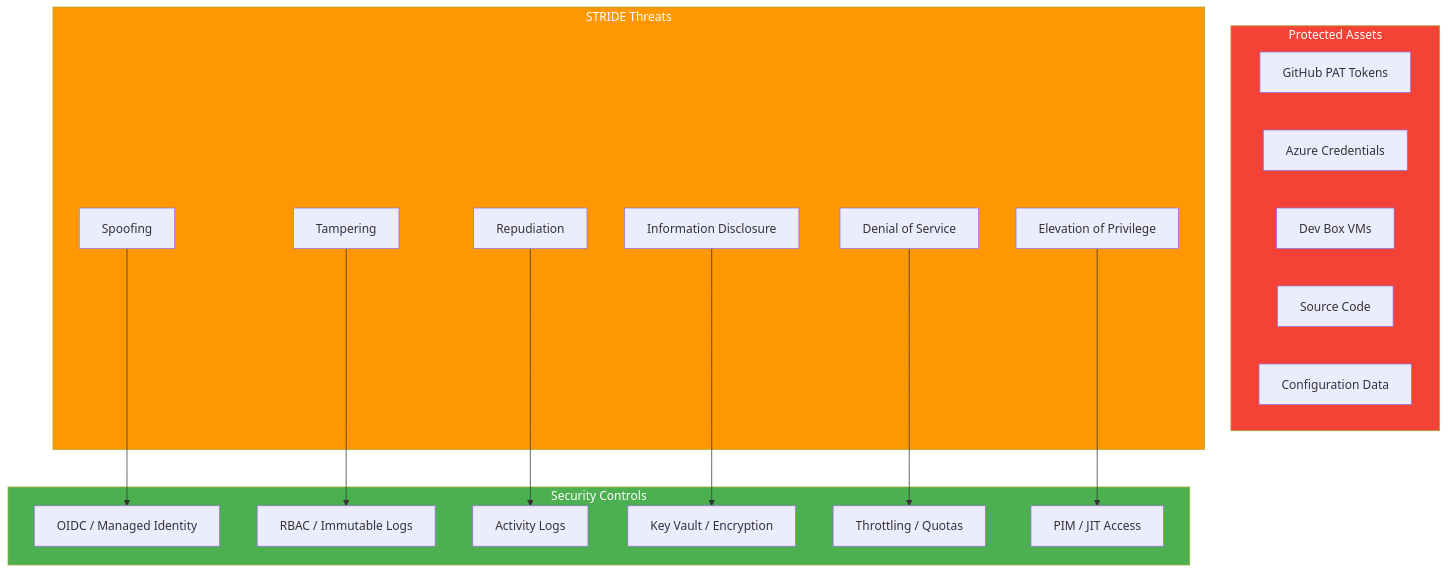
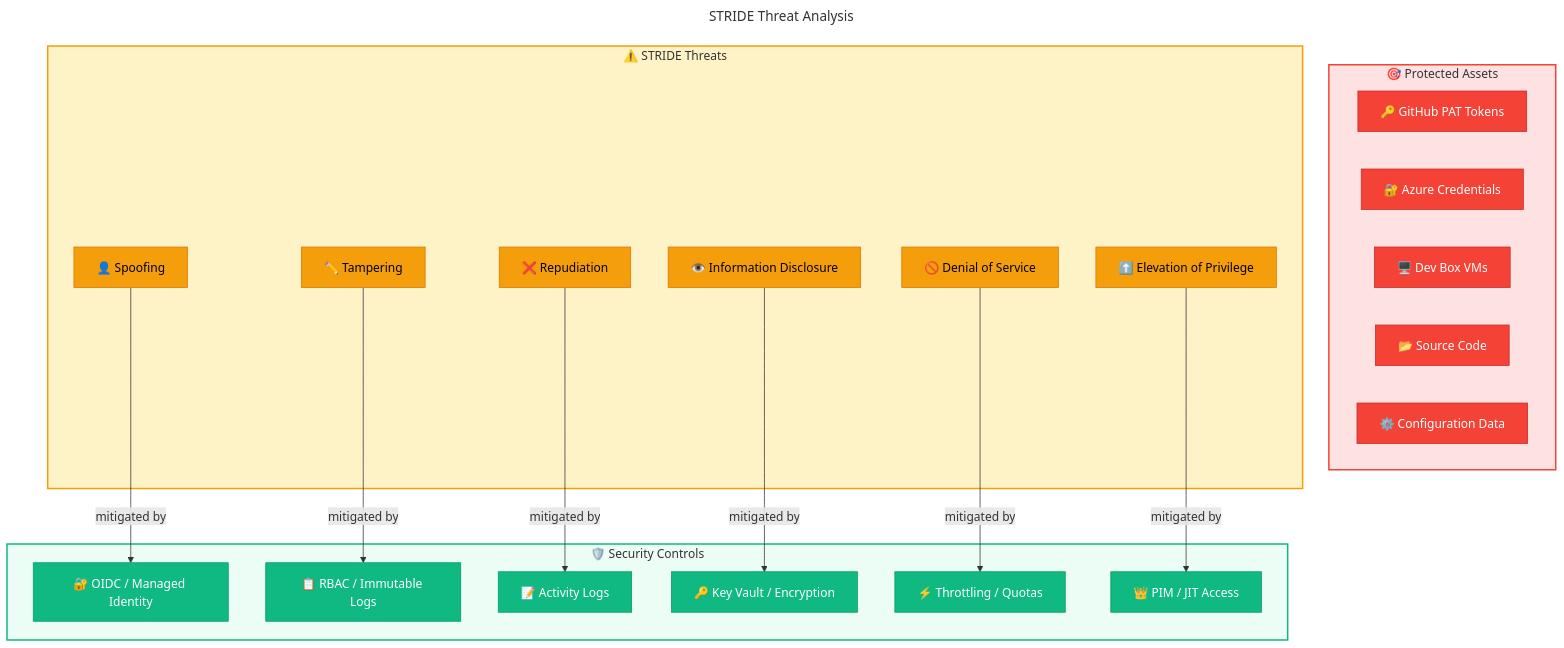
One commit to Evilazaro/DevExp-DevBox changed the second of 10 diagrams in docs/architecture/05-security-architecture.md. Above: the diagram before and after it, drawn with Mermaid. The commit also changed other lines of this file, not shown here.

Commit message:
Enhance security architecture documentation by adding emojis, improving diagram styles, and refining connections for better clarity and navigation.

````diff
--- a/docs/architecture/05-security-architecture.md
+++ b/docs/architecture/05-security-architecture.md
@@ -128,39 +150,55 @@
 ```mermaid
+---
+title: STRIDE Threat Analysis
+---
 flowchart TB
-    subgraph Assets["Protected Assets"]
-        A1["GitHub PAT Tokens"]
-        A2["Azure Credentials"]
-        A3["Dev Box VMs"]
-        A4["Source Code"]
-        A5["Configuration Data"]
+    %% ===== PROTECTED ASSETS =====
+    subgraph Assets["🎯 Protected Assets"]
+        A1["🔑 GitHub PAT Tokens"]
+        A2["🔐 Azure Credentials"]
+        A3["🖥️ Dev Box VMs"]
+        A4["📂 Source Code"]
+        A5["⚙️ Configuration Data"]
     end
     
-    subgraph Threats["STRIDE Threats"]
-        T1["Spoofing"]
-        T2["Tampering"]
-        T3["Repudiation"]
-        T4["Information Disclosure"]
-        T5["Denial of Service"]
-        T6["Elevation of Privilege"]
+    %% ===== STRIDE THREATS =====
+    subgraph Threats["⚠️ STRIDE Threats"]
+        T1["👤 Spoofing"]
+        T2["✏️ Tampering"]
+        T3["❌ Repudiation"]
+        T4["👁️ Information Disclosure"]
+        T5["🚫 Denial of Service"]
+        T6["⬆️ Elevation of Privilege"]
     end
     
-    subgraph Mitigations["Security Controls"]
-        M1["OIDC / Managed Identity"]
-        M2["RBAC / Immutable Logs"]
-        M3["Activity Logs"]
-        M4["Key Vault / Encryption"]
-        M5["Throttling / Quotas"]
-        M6["PIM / JIT Access"]
+    %% ===== SECURITY CONTROLS =====
+    subgraph Mitigations["🛡️ Security Controls"]
+        M1["🔐 OIDC / Managed Identity"]
+        M2["📋 RBAC / Immutable Logs"]
+        M3["📝 Activity Logs"]
+        M4["🔑 Key Vault / Encryption"]
+        M5["⚡ Throttling / Quotas"]
+        M6["👑 PIM / JIT Access"]
     end
     
-    T1 --> M1
-    T2 --> M2
-    T3 --> M3
-    T4 --> M4
-    T5 --> M5
-    T6 --> M6
+    %% ===== CONNECTIONS =====
+    T1 -->|mitigated by| M1
+    T2 -->|mitigated by| M2
+    T3 -->|mitigated by| M3
+    T4 -->|mitigated by| M4
+    T5 -->|mitigated by| M5
+    T6 -->|mitigated by| M6
     
-    style Assets fill:#F44336,color:#fff
-    style Threats fill:#FF9800,color:#fff
-    style Mitigations fill:#4CAF50,color:#fff
+    %% ===== STYLES =====
+    classDef failed fill:#F44336,stroke:#C62828,color:#FFFFFF
+    classDef datastore fill:#F59E0B,stroke:#D97706,color:#000000
+    classDef secondary fill:#10B981,stroke:#059669,color:#FFFFFF
+    
+    class A1,A2,A3,A4,A5 failed
+    class T1,T2,T3,T4,T5,T6 datastore
+    class M1,M2,M3,M4,M5,M6 secondary
+    
+    style Assets fill:#FEE2E2,stroke:#F44336,stroke-width:2px
+    style Threats fill:#FEF3C7,stroke:#F59E0B,stroke-width:2px
+    style Mitigations fill:#ECFDF5,stroke:#10B981,stroke-width:2px
 ```
````
